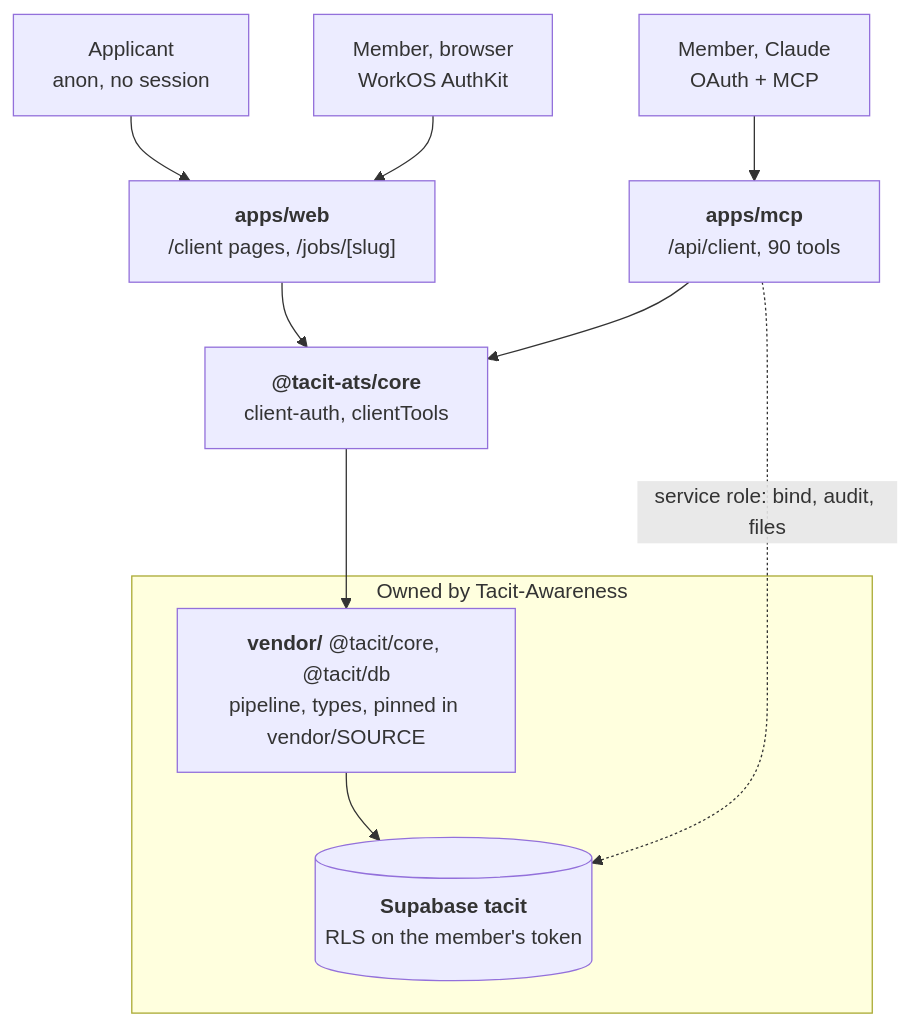
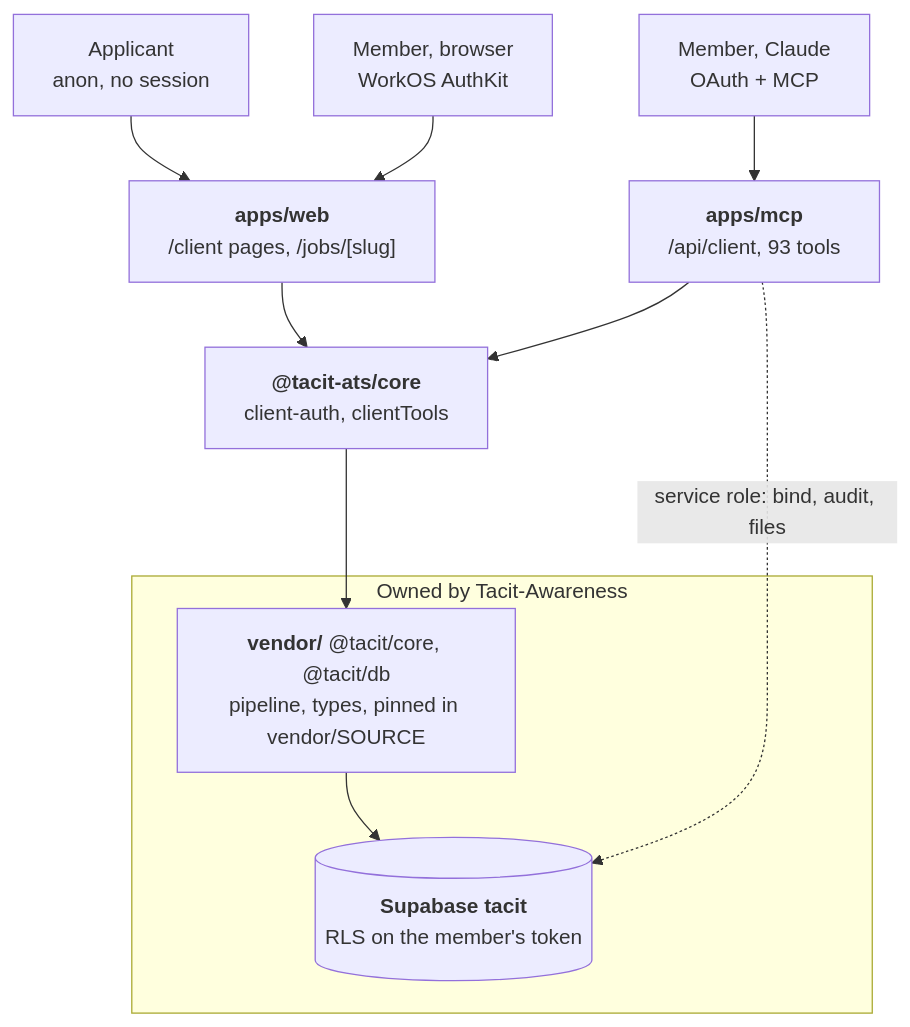
One commit to Tacit-Awareness/tacit-ats changed the first of 3 diagrams in ARCHITECTURE.md. Above: the diagram before and after it, drawn with Mermaid. The commit also changed other lines of this file and 39 other files, not shown here.

````diff
--- a/ARCHITECTURE.md
+++ b/ARCHITECTURE.md
@@ -26,24 +26,24 @@
 ```mermaid
 flowchart TD
     applicant["Applicant<br/>anon, no session"]
     browser["Member, browser<br/>WorkOS AuthKit"]
     claude["Member, Claude<br/>OAuth + MCP"]
 
     web["<b>apps/web</b><br/>/client pages, /jobs/[slug]"]
-    mcp["<b>apps/mcp</b><br/>/api/client, 90 tools"]
+    mcp["<b>apps/mcp</b><br/>/api/client, 93 tools"]
     core["<b>@tacit-ats/core</b><br/>client-auth, clientTools"]
 
     subgraph ta["Owned by Tacit-Awareness"]
         vendor["<b>vendor/</b> @tacit/core, @tacit/db<br/>pipeline, types, pinned in vendor/SOURCE"]
         db[("<b>Supabase tacit</b><br/>RLS on the member's token")]
     end
 
     applicant --> web
     browser --> web
     claude --> mcp
     web --> core
     mcp --> core
     core --> vendor
     vendor --> db
     mcp -. "service role: bind, audit, files" .-> db
 ```
````
